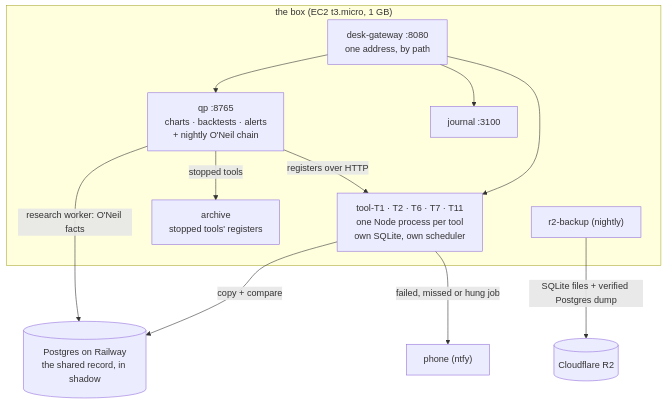
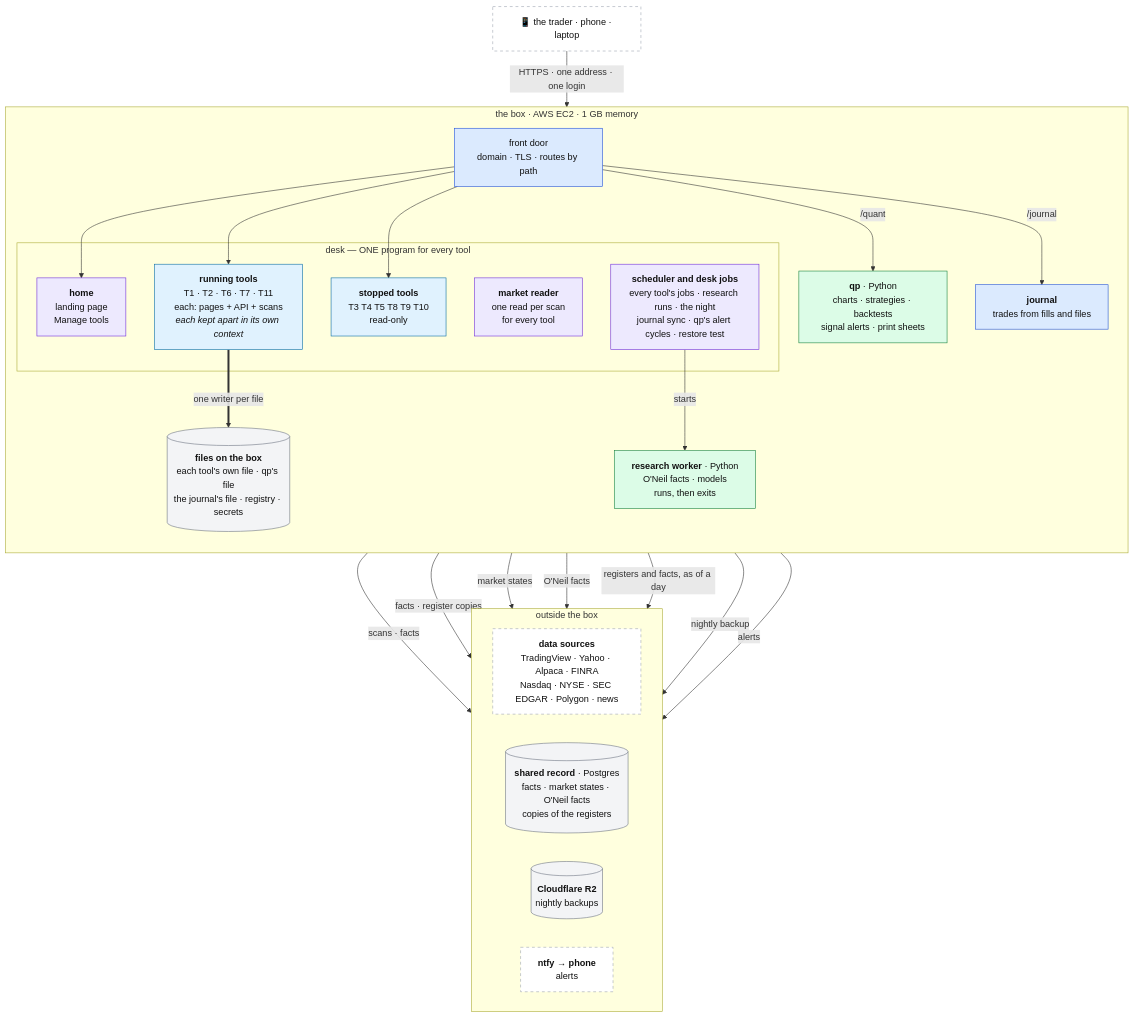
Before and after one commit to Mohamed-albadri-1995/Trade-Disk: the first of 2 diagrams in ARCHITECTURE.md, drawn with Mermaid. The commit also changed other lines of this file, not shown here.

First line of the commit message:
Design tree, layer 0: the trunk around the one-program diagram

````diff
--- a/ARCHITECTURE.md
+++ b/ARCHITECTURE.md
@@ -54,21 +126,54 @@
 ```mermaid
 flowchart TB
-  subgraph BOX["the box (EC2 t3.micro, 1 GB)"]
-    GW["desk-gateway :8080<br/>one address, by path"]
-    T["tool-T1 · T2 · T6 · T7 · T11<br/>one Node process per tool<br/>own SQLite, own scheduler"]
-    AR["archive<br/>stopped tools' registers"]
-    QP["qp :8765<br/>charts · backtests · alerts<br/>+ nightly O'Neil chain"]
-    JN["journal :3100"]
-    BK["r2-backup (nightly)"]
+  P["📱 the trader · phone · laptop"] -->|"HTTPS · one address · one login"| FD["front door<br/>domain · TLS · routes by path"]
+  subgraph BOX["the box · AWS EC2 · 1 GB memory"]
+    direction TB
+    FD
+    subgraph DESK["desk — ONE program for every tool"]
+      HOME["<b>home</b><br/>landing page<br/>Manage tools"]
+      TOOLS["<b>running tools</b><br/>T1 · T2 · T6 · T7 · T11<br/>each: pages + API + scans<br/><i>each kept apart in its own context</i>"]
+      STOP["<b>stopped tools</b><br/>T3 T4 T5 T8 T9 T10<br/>read-only"]
+      MKT["<b>market reader</b><br/>one read per scan<br/>for every tool"]
+      JOBS["<b>scheduler and desk jobs</b><br/>every tool's jobs · research runs · the night<br/>journal sync · qp's alert cycles · restore test"]
+    end
+    FILES[("<b>files on the box</b><br/>each tool's own file · qp's file<br/>the journal's file · registry · secrets")]
+    QP["<b>qp</b> · Python<br/>charts · strategies · backtests<br/>signal alerts · print sheets"]
+    RW["<b>research worker</b> · Python<br/>O'Neil facts · models<br/>runs, then exits"]
+    JR["<b>journal</b><br/>trades from fills and files"]
   end
-  DB[("Postgres on Railway<br/>the shared record, in shadow")]
-  R2[("Cloudflare R2")]
-  PH["phone (ntfy)"]
-  GW --> T & QP & JN
-  T -->|"copy + compare"| DB
-  QP -->|"research worker: O'Neil facts"| DB
-  QP -->|"registers over HTTP"| T
-  QP -->|"stopped tools"| AR
-  BK -->|"SQLite files + verified Postgres dump"| R2
-  T -->|"failed, missed or hung job"| PH
+  subgraph OUT["outside the box"]
+    direction LR
+    SRC["<b>data sources</b><br/>TradingView · Yahoo · Alpaca · FINRA<br/>Nasdaq · NYSE · SEC EDGAR · Polygon · news"]
+    PG[("<b>shared record</b> · Postgres<br/>facts · market states · O'Neil facts<br/>copies of the registers")]
+    R2[("<b>Cloudflare R2</b><br/>nightly backups")]
+    PH["<b>ntfy → phone</b><br/>alerts"]
+  end
+  FD --> HOME
+  FD --> TOOLS
+  FD --> STOP
+  FD -->|"/quant"| QP
+  FD -->|"/journal"| JR
+  FD ~~~ MKT
+  FD ~~~ JOBS
+  TOOLS ==>|"one writer per file"| FILES
+  TOOLS -->|"scans · facts"| SRC
+  TOOLS -->|"facts · register copies"| PG
+  MKT -->|"market states"| PG
+  JOBS -->|"starts"| RW
+  RW -->|"O'Neil facts"| PG
+  QP -->|"registers and facts, as of a day"| PG
+  JOBS -->|"nightly backup"| R2
+  JOBS -->|"alerts"| PH
+  classDef prog fill:#dbeafe,stroke:#1d4ed8,color:#111;
+  classDef py fill:#dcfce7,stroke:#15803d,color:#111;
+  classDef store fill:#f3f4f6,stroke:#6b7280,color:#111;
+  classDef ext fill:#ffffff,stroke:#9ca3af,stroke-dasharray: 5 5,color:#111;
+  classDef tool fill:#e0f2fe,stroke:#0369a1,color:#111;
+  classDef deskown fill:#ede9fe,stroke:#6d28d9,color:#111;
+  class TOOLS,STOP tool;
+  class HOME,MKT,JOBS deskown;
+  class FD,JR prog;
+  class QP,RW py;
+  class FILES,PG,R2 store;
+  class SRC,PH,P ext;
 ```
````
